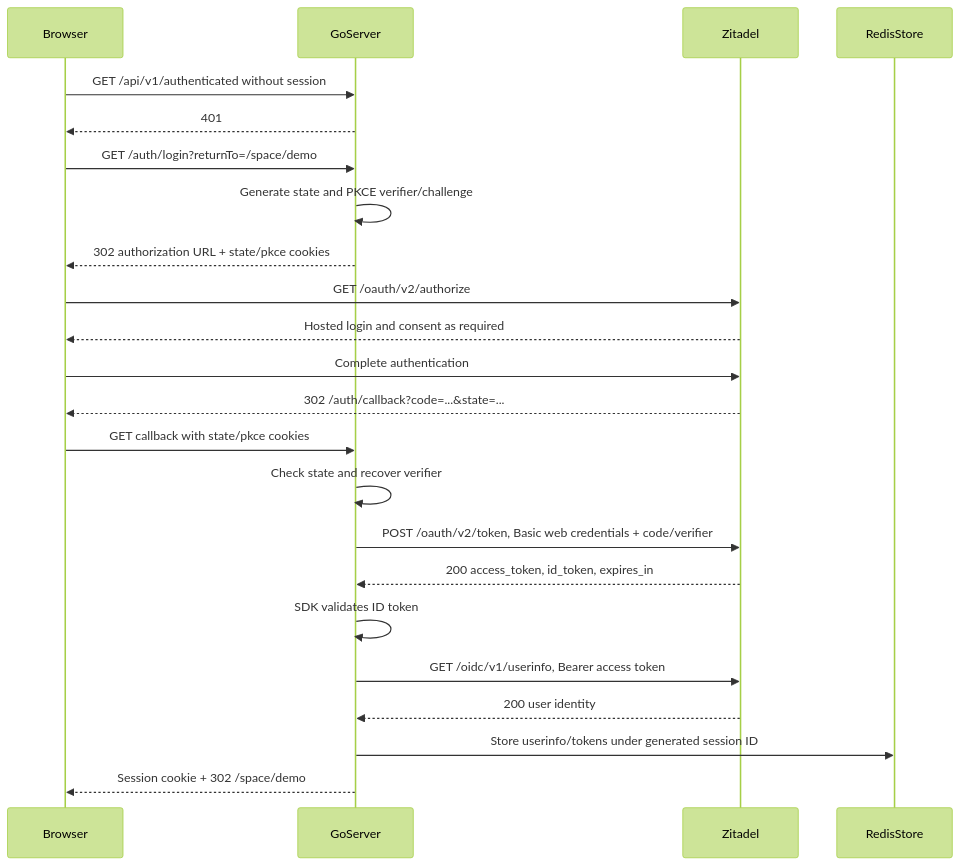
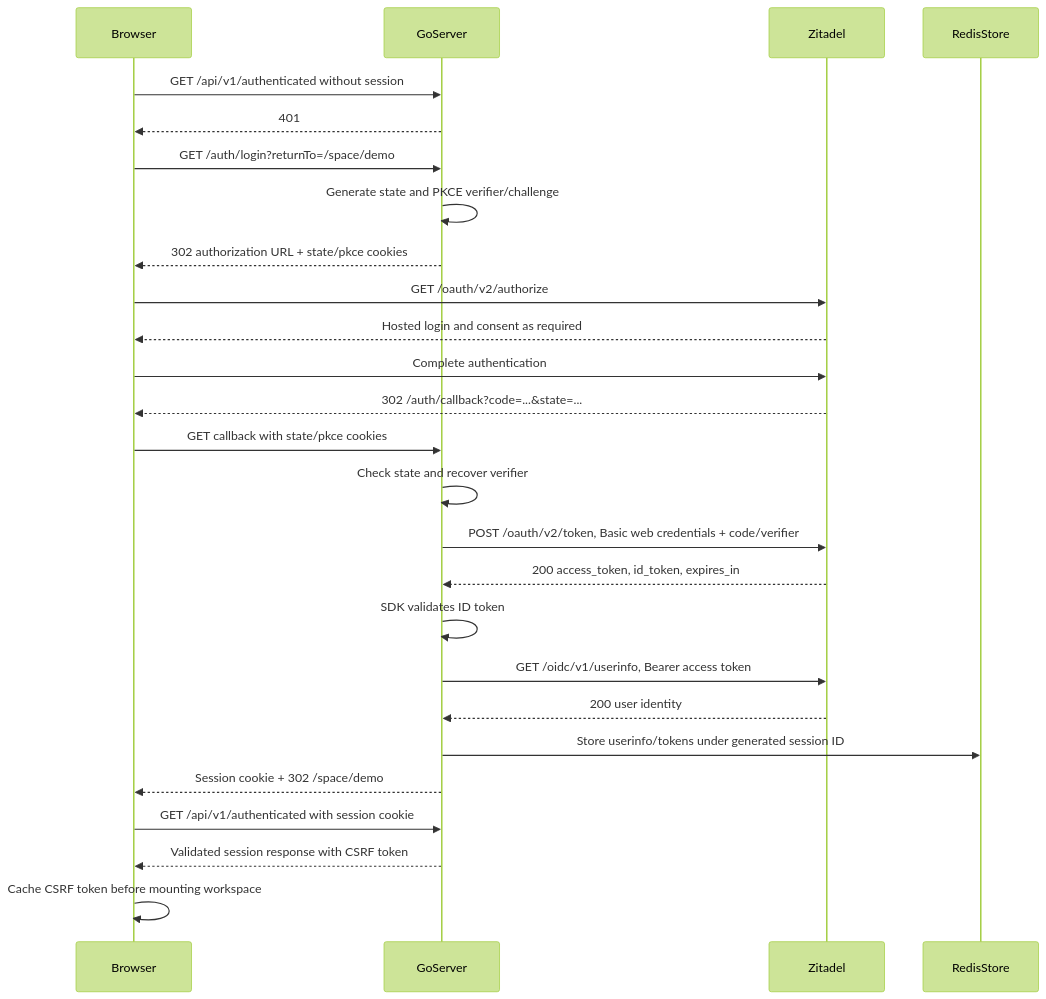
Before and after one commit to durgakiran/beskar: the first of 2 diagrams in docs/authentication-current-sequence.md, drawn with Mermaid (forest theme). The commit also changed other lines of this file and 20 other files, not shown here.

First line of the commit message:
fix(auth): protect browser writes against CSRF

````diff
--- a/docs/authentication-current-sequence.md
+++ b/docs/authentication-current-sequence.md
@@ -19,25 +19,28 @@
 ```mermaid
 sequenceDiagram
     participant Browser
     participant GoServer
     participant Zitadel
     participant RedisStore
     Browser->>GoServer: GET /api/v1/authenticated without session
     GoServer-->>Browser: 401
     Browser->>GoServer: GET /auth/login?returnTo=/space/demo
     GoServer->>GoServer: Generate state and PKCE verifier/challenge
     GoServer-->>Browser: 302 authorization URL + state/pkce cookies
     Browser->>Zitadel: GET /oauth/v2/authorize
     Zitadel-->>Browser: Hosted login and consent as required
     Browser->>Zitadel: Complete authentication
     Zitadel-->>Browser: 302 /auth/callback?code=...&state=...
     Browser->>GoServer: GET callback with state/pkce cookies
     GoServer->>GoServer: Check state and recover verifier
     GoServer->>Zitadel: POST /oauth/v2/token, Basic web credentials + code/verifier
     Zitadel-->>GoServer: 200 access_token, id_token, expires_in
     GoServer->>GoServer: SDK validates ID token
     GoServer->>Zitadel: GET /oidc/v1/userinfo, Bearer access token
     Zitadel-->>GoServer: 200 user identity
     GoServer->>RedisStore: Store userinfo/tokens under generated session ID
     GoServer-->>Browser: Session cookie + 302 /space/demo
+    Browser->>GoServer: GET /api/v1/authenticated with session cookie
+    GoServer-->>Browser: Validated session response with CSRF token
+    Browser->>Browser: Cache CSRF token before mounting workspace
 ```
````
